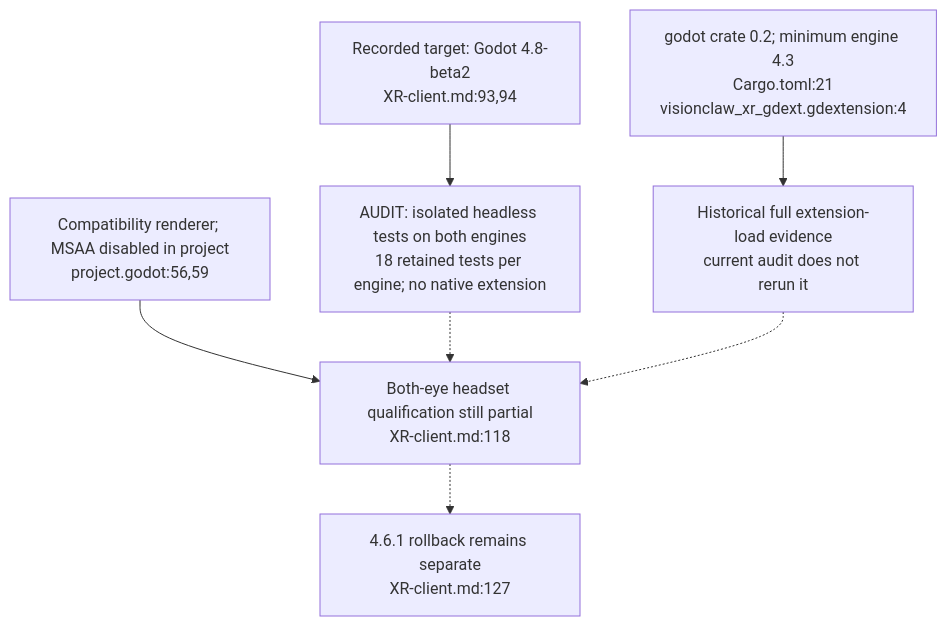
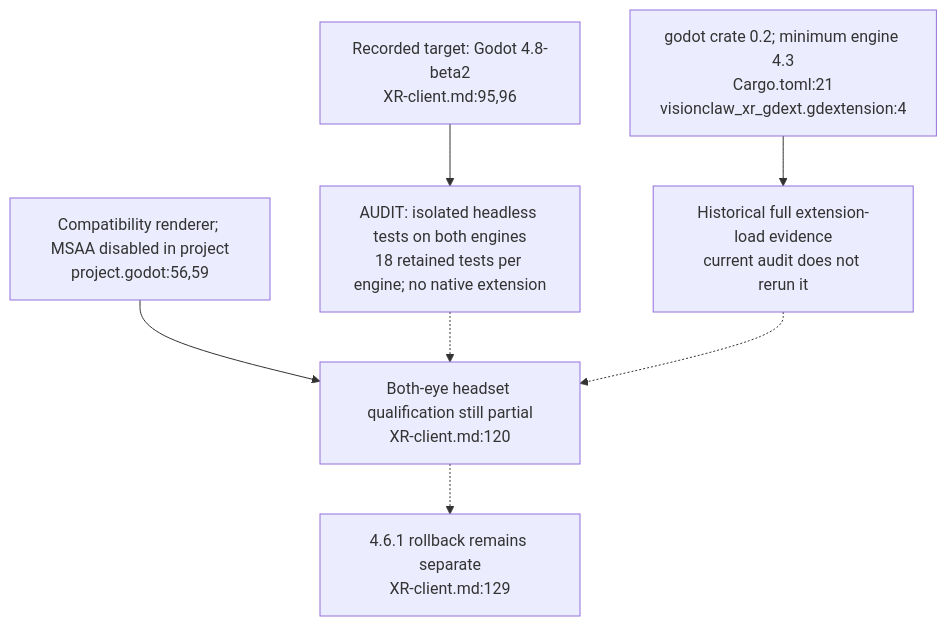
One commit to DreamLab-AI/VisionFlow changed the fourth of 5 diagrams in docs/diagrams/visionclaw/51-xr-visual-budget-and-engine-gates.md. Above: the diagram before and after it, drawn with Mermaid. The commit also changed other lines of this file and 8 other files, not shown here.

First line of the commit message:
docs(diagrams): VisionClaw 2026-11-01 duplication audit — hold lifecycle, held-state map, layout mode, cadence, breathe

````diff
--- a/docs/diagrams/visionclaw/51-xr-visual-budget-and-engine-gates.md
+++ b/docs/diagrams/visionclaw/51-xr-visual-budget-and-engine-gates.md
@@ -76,10 +79,10 @@
 ```mermaid
 flowchart TD
-    TARGET["Recorded target: Godot 4.8-beta2<br/>XR-client.md:93,94"] --> CONTROLLER["AUDIT: isolated headless tests on both engines<br/>18 retained tests per engine; no native extension"]
-    ROLLBACK["4.6.1 rollback remains separate<br/>XR-client.md:127"]
+    TARGET["Recorded target: Godot 4.8-beta2<br/>XR-client.md:95,96"] --> CONTROLLER["AUDIT: isolated headless tests on both engines<br/>18 retained tests per engine; no native extension"]
+    ROLLBACK["4.6.1 rollback remains separate<br/>XR-client.md:129"]
     API["godot crate 0.2; minimum engine 4.3<br/>Cargo.toml:21<br/>visionclaw_xr_gdext.gdextension:4"] --> LOAD["Historical full extension-load evidence<br/>current audit does not rerun it"]
-    RENDER["Compatibility renderer; MSAA disabled in project<br/>project.godot:56,59"] --> STEREO["Both-eye headset qualification still partial<br/>XR-client.md:118"]
+    RENDER["Compatibility renderer; MSAA disabled in project<br/>project.godot:56,59"] --> STEREO["Both-eye headset qualification still partial<br/>XR-client.md:120"]
     CONTROLLER -.-> STEREO
     LOAD -.-> STEREO
     STEREO -.-> ROLLBACK
 ```
````
